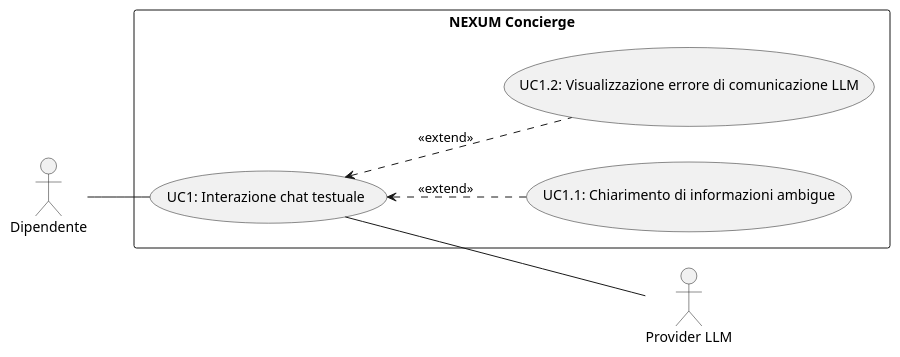
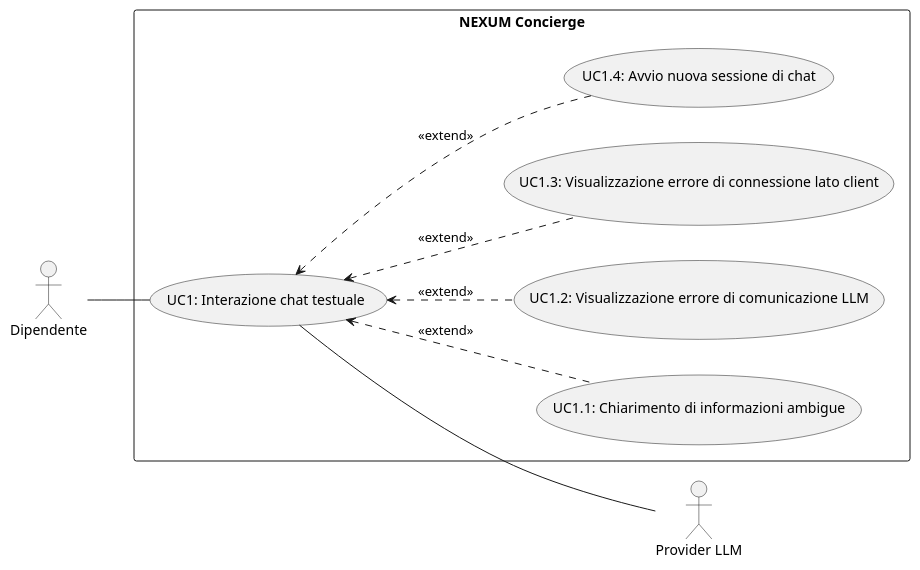
Before and after one commit to RickandCommit/Documentazione: the diagram in RTB/Analisi_dei_Requisiti/Casi_Uso/macroarea1.puml, drawn with PlantUML. The commit also changed 3 other files, not shown here.

```diff
--- a/RTB/Analisi_dei_Requisiti/Casi_Uso/macroarea1.puml
+++ b/RTB/Analisi_dei_Requisiti/Casi_Uso/macroarea1.puml
@@ -1,19 +1,23 @@
 @startuml macroarea1
 left to right direction
 
 actor "Dipendente" as dp
 actor "Provider LLM" as llm
 
 rectangle "NEXUM Concierge" {
     usecase "UC1: Interazione chat testuale" as UC1
     usecase "UC1.1: Chiarimento di informazioni ambigue" as UC1_1
     usecase "UC1.2: Visualizzazione errore di comunicazione LLM" as UC1_2
+    usecase "UC1.3: Visualizzazione errore di connessione lato client" as UC1_3
+    usecase "UC1.4: Avvio nuova sessione di chat" as UC1_4
 }
 
 dp -- UC1
 UC1 -- llm
 
 UC1 <.. UC1_1 : <<extend>>
 UC1 <.. UC1_2 : <<extend>>
+UC1 <.. UC1_3 : <<extend>>
+UC1 <.. UC1_4 : <<extend>>
 
 @enduml
```
